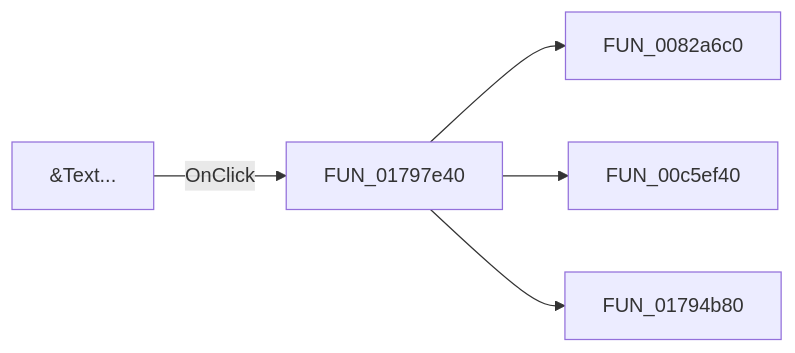
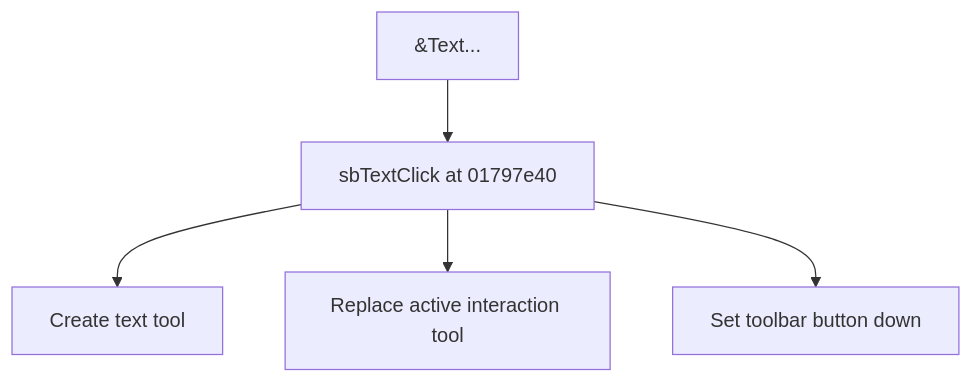
The diagram in docs/ui-controls/shapeedit/mnutext-463e40248e.md (MovGP0/TIARA), drawn with Mermaid before and after one commit. The commit also changed other lines of this file and 1062 other files, not shown here.

````diff
--- a/docs/ui-controls/shapeedit/mnutext-463e40248e.md
+++ b/docs/ui-controls/shapeedit/mnutext-463e40248e.md
@@ -27,7 +27,7 @@
 ```mermaid
-flowchart LR
-    control["&Text..."] -->|OnClick| handler["FUN_01797e40"]
-    handler --> call1["FUN_0082a6c0"]
-    handler --> call2["FUN_00c5ef40"]
-    handler --> call3["FUN_01794b80"]
+flowchart TD
+    control["&Text..."] --> handler["sbTextClick at 01797e40"]
+    handler --> step1["Create text tool"]
+    handler --> step2["Replace active interaction tool"]
+    handler --> step3["Set toolbar button down"]
 ```
````
